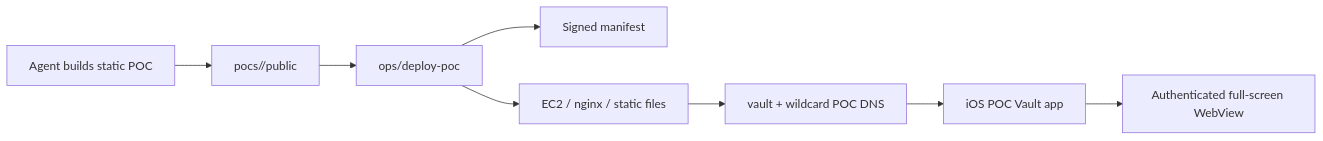
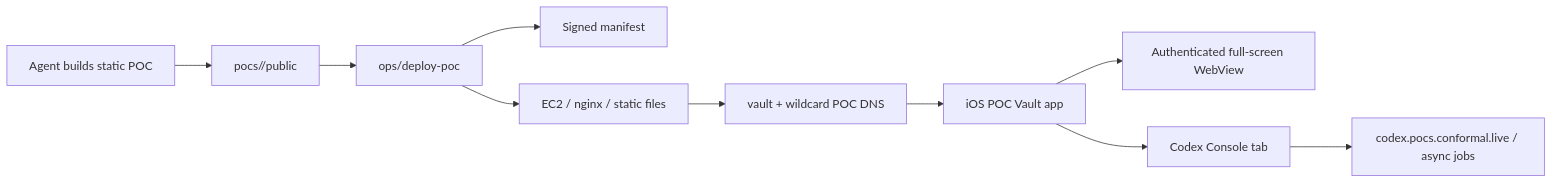
Before and after one commit to speedcuber911/private-ios-poc-vault: the diagram in README.md, drawn with Mermaid. The commit also changed other lines of this file and 10 other files, not shown here.

````diff
--- a/README.md
+++ b/README.md
@@ -28,10 +35,12 @@
 ```mermaid
 flowchart LR
   Agent["Agent builds static POC"] --> Repo["pocs/<slug>/public"]
   Repo --> Deploy["ops/deploy-poc"]
   Deploy --> Manifest["Signed manifest"]
   Deploy --> VM["EC2 / nginx / static files"]
   VM --> DNS["vault + wildcard POC DNS"]
   DNS --> App["iOS POC Vault app"]
   App --> WebView["Authenticated full-screen WebView"]
+  App --> Codex["Codex Console tab"]
+  Codex --> API["codex.pocs.conformal.live / async jobs"]
 ```
````
